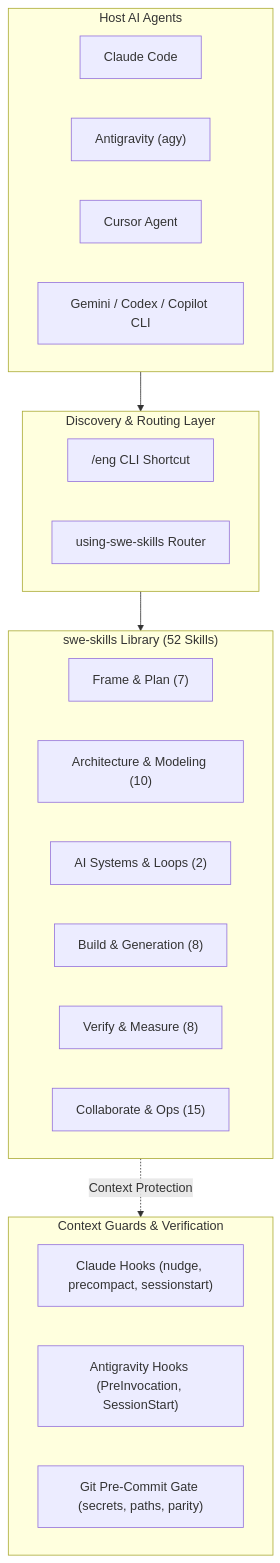
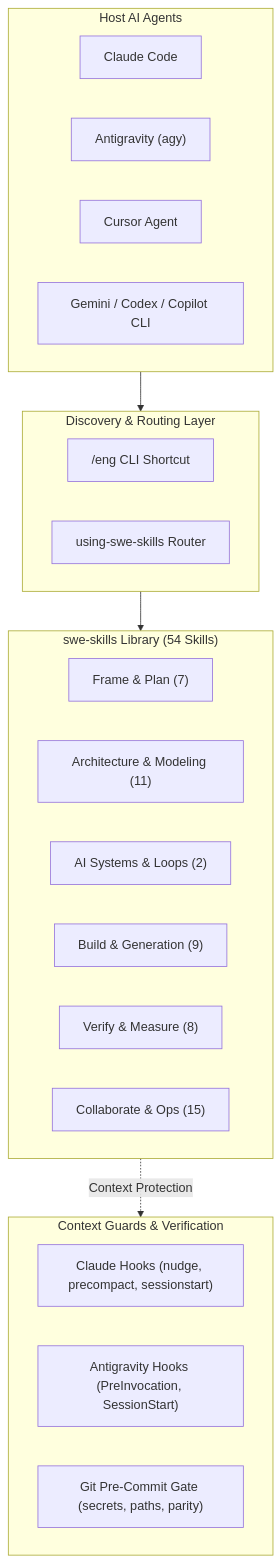
The diagram in docs/usermanual/README.md (bsommers/swe-skills-2), drawn with Mermaid before and after one commit. The commit also changed other lines of this file and 16 other files, not shown here.

Commit message:
feat(skills): add security-best-practices and architecture-best-practices skills

````diff
--- a/docs/usermanual/README.md
+++ b/docs/usermanual/README.md
@@ -36,33 +36,33 @@
 ```mermaid
 flowchart TD
     subgraph AgentHosts["Host AI Agents"]
         Claude["Claude Code"]
         Agy["Antigravity (agy)"]
         Cursor["Cursor Agent"]
         Other["Gemini / Codex / Copilot CLI"]
     end
 
     subgraph RouterLayer["Discovery & Routing Layer"]
         Eng["/eng CLI Shortcut"]
         UsingSwe["using-swe-skills Router"]
     end
 
-    subgraph SkillSuite["swe-skills Library (52 Skills)"]
+    subgraph SkillSuite["swe-skills Library (54 Skills)"]
         Plan["Frame & Plan (7)"]
-        Arch["Architecture & Modeling (10)"]
+        Arch["Architecture & Modeling (11)"]
         AI["AI Systems & Loops (2)"]
-        Build["Build & Generation (8)"]
+        Build["Build & Generation (9)"]
         Verify["Verify & Measure (8)"]
         Ops["Collaborate & Ops (15)"]
     end
 
     subgraph RuntimeHooks["Context Guards & Verification"]
         ClaudeHooks["Claude Hooks (nudge, precompact, sessionstart)"]
         AgyHooks["Antigravity Hooks (PreInvocation, SessionStart)"]
         GitHooks["Git Pre-Commit Gate (secrets, paths, parity)"]
     end
 
     AgentHosts --> RouterLayer
     RouterLayer --> SkillSuite
     SkillSuite -. Context Protection .-> RuntimeHooks
 ```
````
